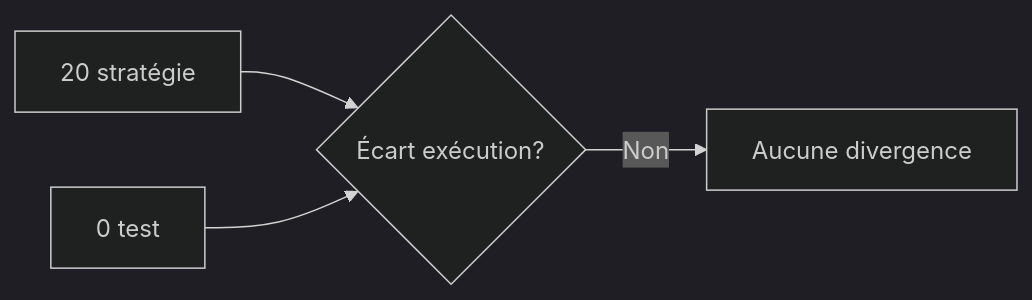
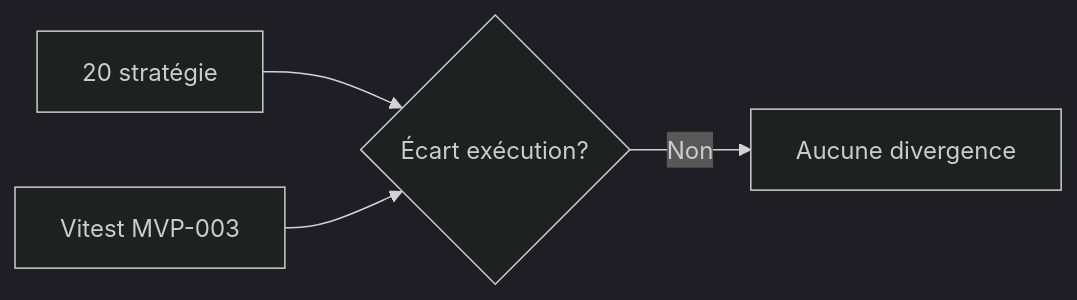
The fifth of 5 diagrams in docs/runtime/09_TEST_STATUS.md (JavaChrist/Tai-Chi-AI-Coach), drawn with Mermaid (dark theme) before and after one commit. The commit also changed other lines of this file and 59 other files, not shown here.

````diff
--- a/docs/runtime/09_TEST_STATUS.md
+++ b/docs/runtime/09_TEST_STATUS.md
@@ -123,6 +140,6 @@
 ```mermaid
 flowchart LR
   C20[20 stratégie] --> Q{Écart exécution?}
-  Real[0 test] --> Q
+  Real[Vitest MVP-003] --> Q
   Q -->|Non| OK[Aucune divergence]
 ```
````
